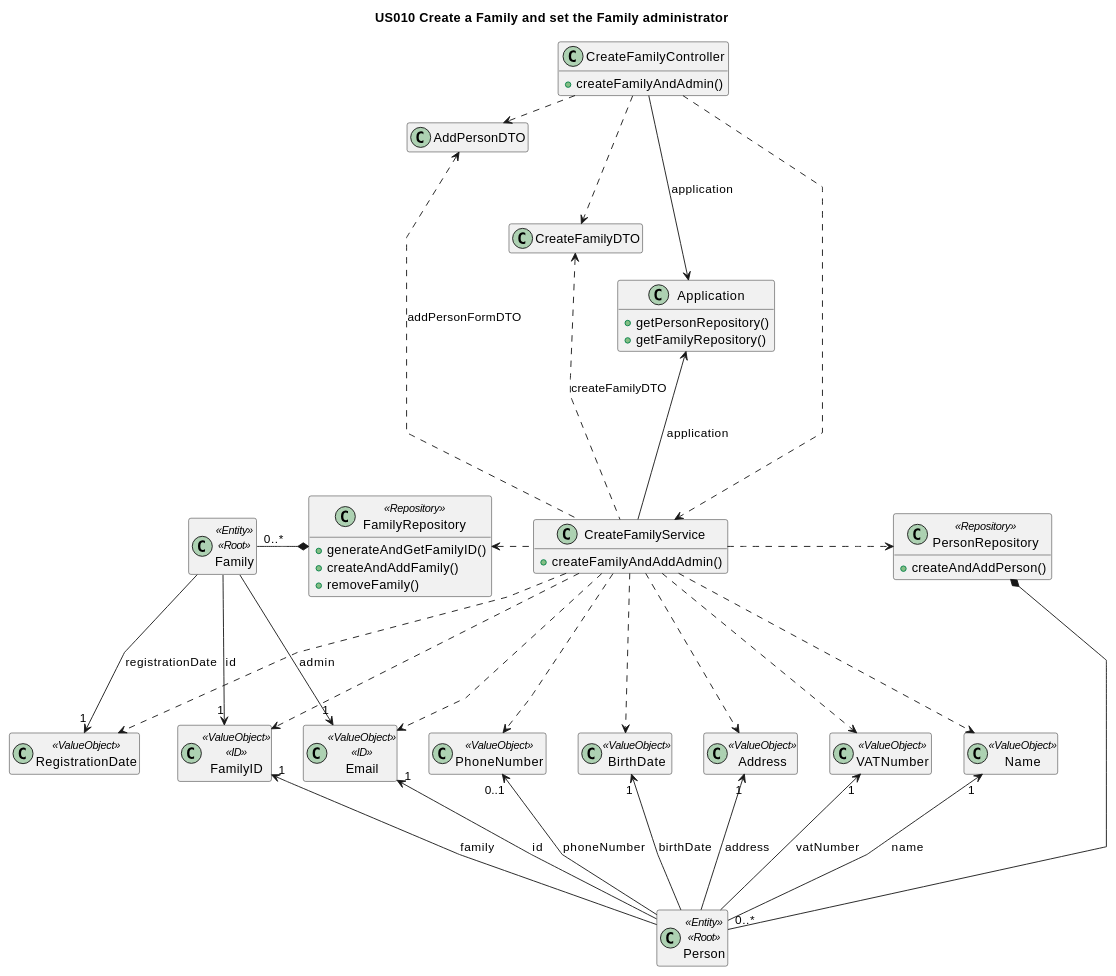
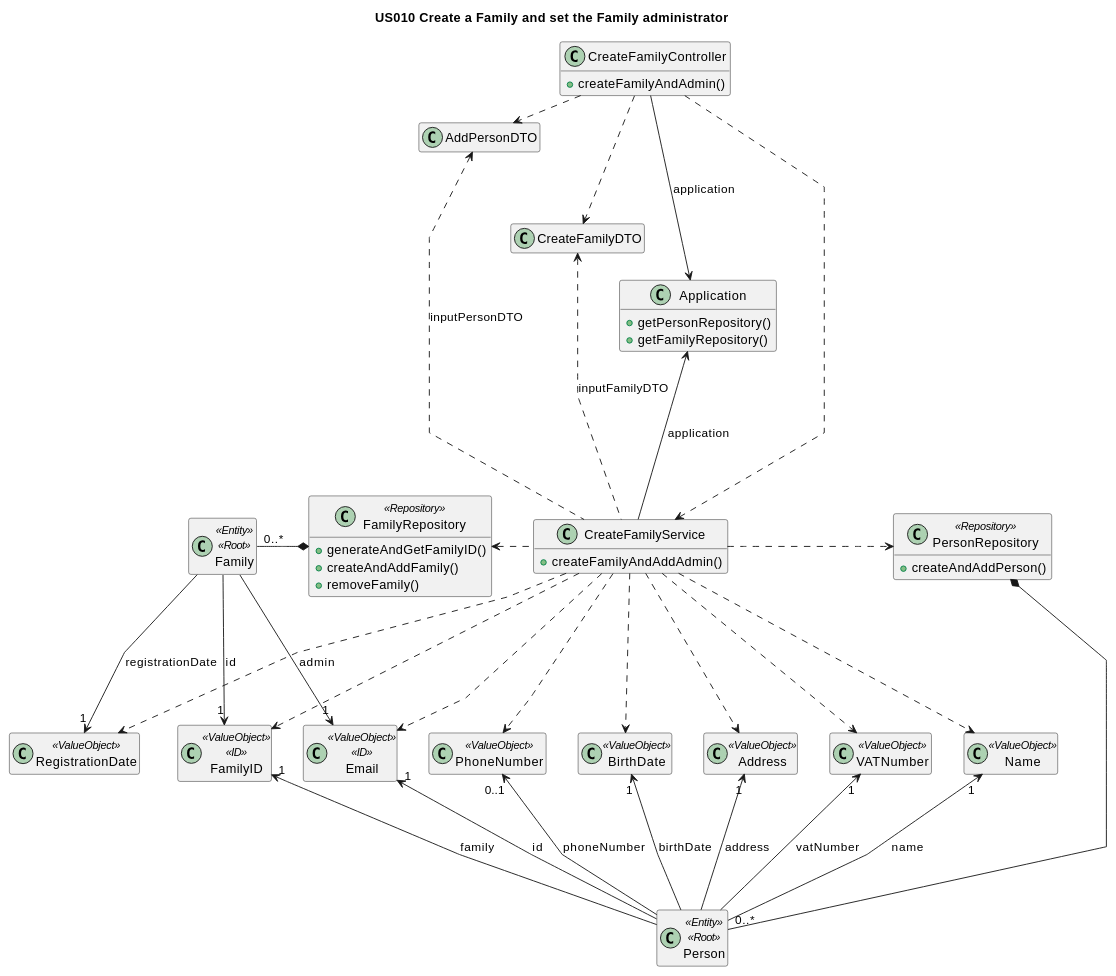
Before and after one commit to tomas-osswald/switch_2020_g3: the fourth of 4 diagrams in docs/sprint4/user_stories/US001_CreateStandarCategory.md, drawn with PlantUML. The commit also changed other lines of this file and 23 other files, not shown here.

```diff
--- a/docs/sprint4/user_stories/US001_CreateStandarCategory.md
+++ b/docs/sprint4/user_stories/US001_CreateStandarCategory.md
@@ -249,8 +249,8 @@
 CreateFamilyController -d---.> CreateFamilyService 
 
 CreateFamilyService -u-> Application : application
-CreateFamilyService .u> CreateFamilyDTO : createFamilyDTO
-CreateFamilyService .u> AddPersonDTO : addPersonFormDTO
+CreateFamilyService .u> CreateFamilyDTO : inputFamilyDTO
+CreateFamilyService .u> AddPersonDTO : inputPersonDTO
 CreateFamilyService --.l--> FamilyRepository
 CreateFamilyService .r> PersonRepository
 CreateFamilyService -d-.> FamilyID
```
